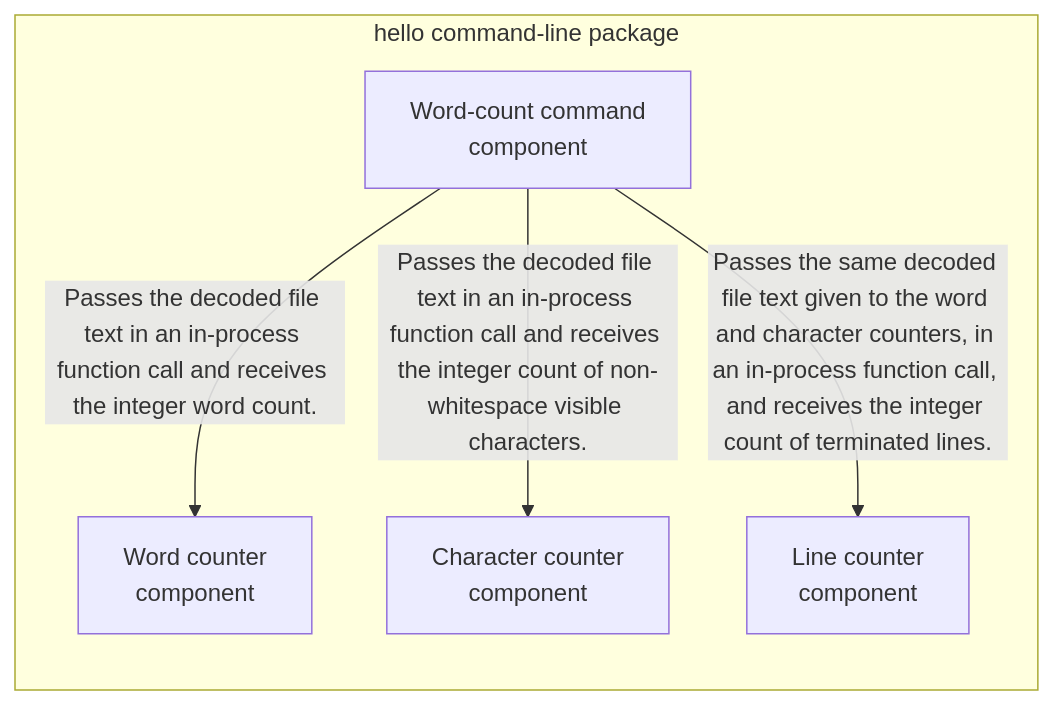
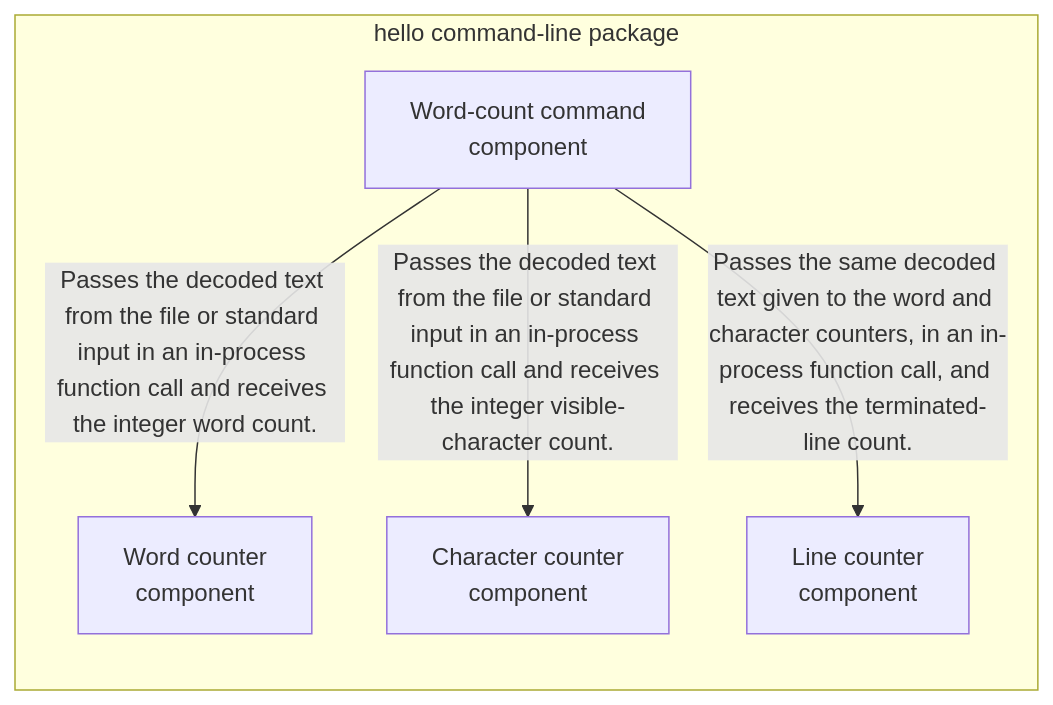
Before and after one commit to mcrasso-marsie/hello: the third of 3 diagrams in docs/architecture.md, drawn with Mermaid. The commit also changed other lines of this file, not shown here.

Commit message:
docs(architecture): apply SPEC-0004 (workflow f07a996f18da447fbe4febe08e596ca9)

````diff
--- a/docs/architecture.md
+++ b/docs/architecture.md
@@ -64,15 +64,15 @@
 ```mermaid
 flowchart LR
 classDef added fill:#c8f7c5,stroke:#2e7d32
 classDef changed fill:#fff3b0,stroke:#b59f00
 classDef removed fill:#f8c8c8,stroke:#c62828
 subgraph hello_cli["hello command-line package"]
   word_count_command["Word-count command<br/>component"]
   word_counter["Word counter<br/>component"]
   character_counter["Character counter<br/>component"]
   line_counter["Line counter<br/>component"]
 end
-word_count_command -->|"Passes the decoded file text in an in-process function call and receives the integer word count."| word_counter
-word_count_command -->|"Passes the decoded file text in an in-process function call and receives the integer count of non-whitespace visible characters."| character_counter
-word_count_command -->|"Passes the same decoded file text given to the word and character counters, in an in-process function call, and receives the integer count of terminated lines."| line_counter
+word_count_command -->|"Passes the decoded text from the file or standard input in an in-process function call and receives the integer word count."| word_counter
+word_count_command -->|"Passes the decoded text from the file or standard input in an in-process function call and receives the integer visible-character count."| character_counter
+word_count_command -->|"Passes the same decoded text given to the word and character counters, in an in-process function call, and receives the terminated-line count."| line_counter
 ```
````
